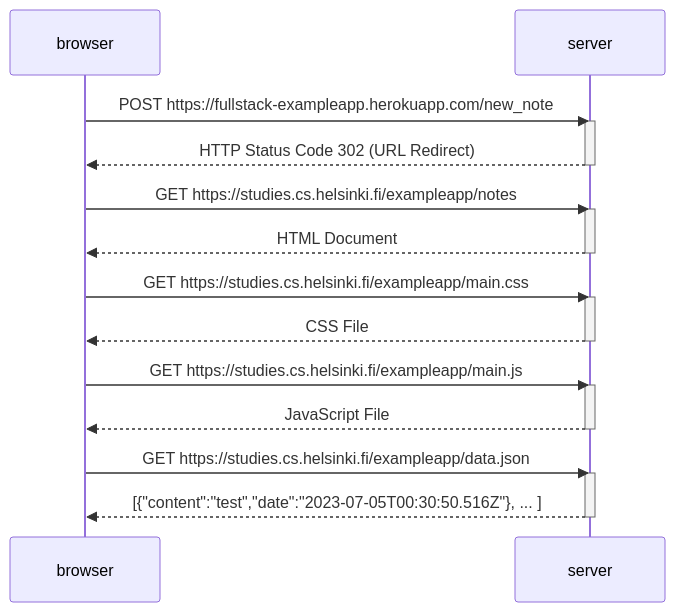
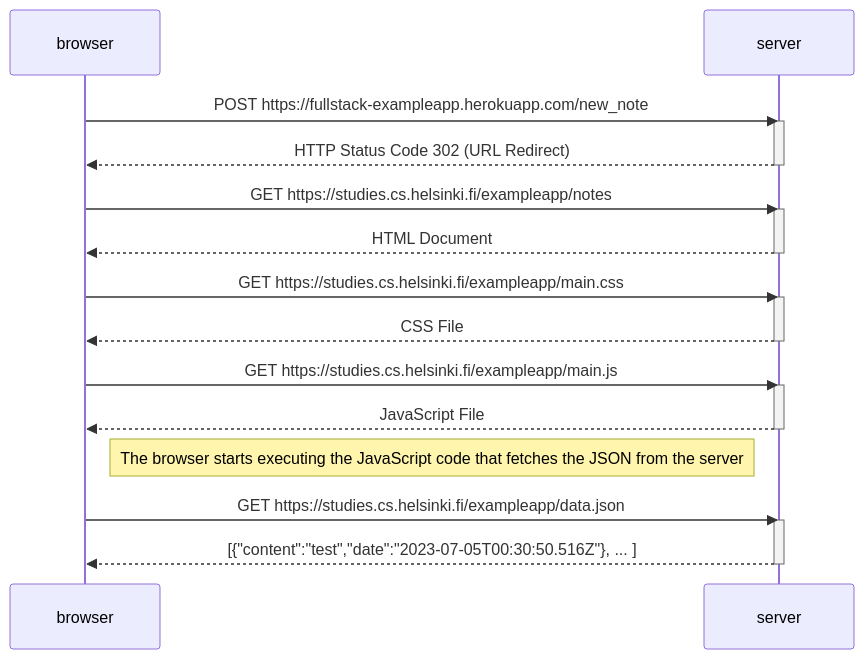
One commit to JB225/FullStackOpenExercises changed the diagram in NewNoteDiagram.md. Above: the diagram before and after it, drawn with Mermaid.

Commit message:
Add note to NewNoteDiagram.md

````diff
--- a/NewNoteDiagram.md
+++ b/NewNoteDiagram.md
@@ -1,31 +1,33 @@
 ```mermaid
 sequenceDiagram
     participant browser
     participant server
 
     browser->>server: POST https://fullstack-exampleapp.herokuapp.com/new_note
     activate server
     server-->>browser: HTTP Status Code 302 (URL Redirect)
     deactivate server
 
     browser->>server: GET https://studies.cs.helsinki.fi/exampleapp/notes
     activate server
     server-->>browser: HTML Document
     deactivate server
 
     browser->>server: GET https://studies.cs.helsinki.fi/exampleapp/main.css
     activate server
     server-->>browser: CSS File
     deactivate server
 
     browser->>server: GET https://studies.cs.helsinki.fi/exampleapp/main.js
     activate server
     server-->>browser: JavaScript File
     deactivate server
 
+    Note right of browser: The browser starts executing the JavaScript code that fetches the JSON from the server
+
     browser->>server: GET https://studies.cs.helsinki.fi/exampleapp/data.json
     activate server
     server-->>browser: [{"content":"test","date":"2023-07-05T00:30:50.516Z"}, ... ]
     deactivate server
 
 ```
````
